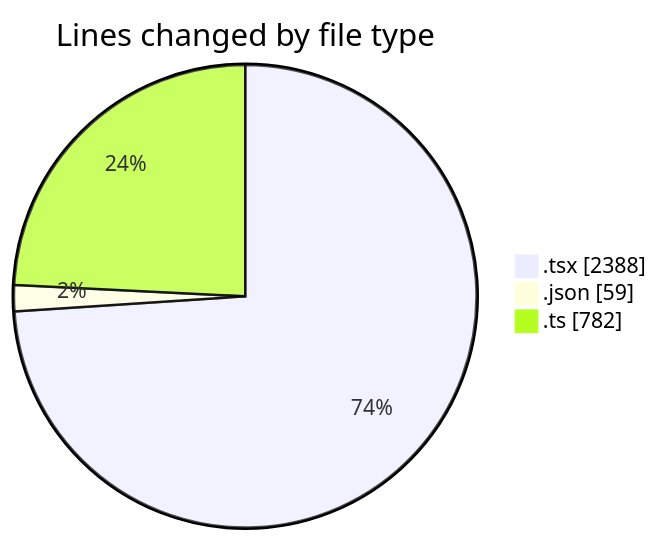
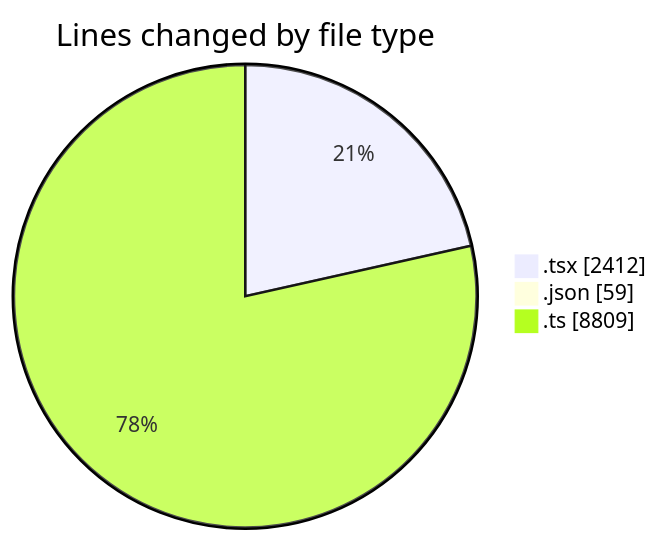
Before and after one commit to momahboobian/code-tracking: the first of 2 diagrams in 2025-11-24/cda/README.md, drawn with Mermaid. The commit also changed other lines of this file and 1 other file, not shown here.

````diff
--- a/2025-11-24/cda/README.md
+++ b/2025-11-24/cda/README.md
@@ -31,7 +32,7 @@
 ```mermaid
 pie showData
 title Lines changed by file type
-".tsx" : 2388
+".tsx" : 2412
 ".json" : 59
-".ts" : 782
+".ts" : 8809
 ```
````
